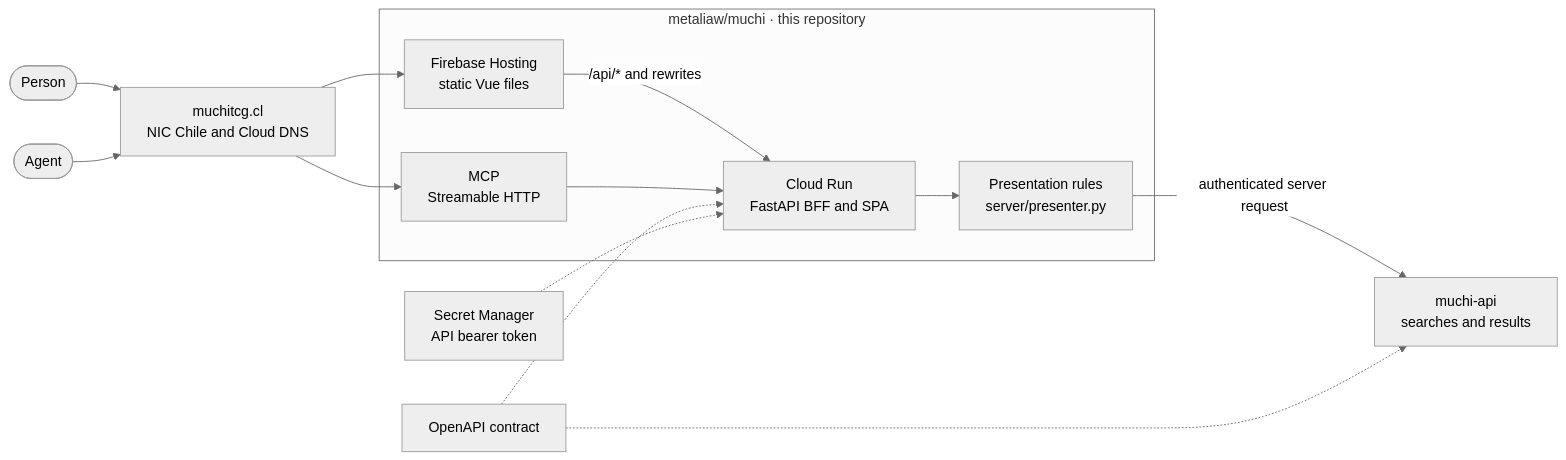
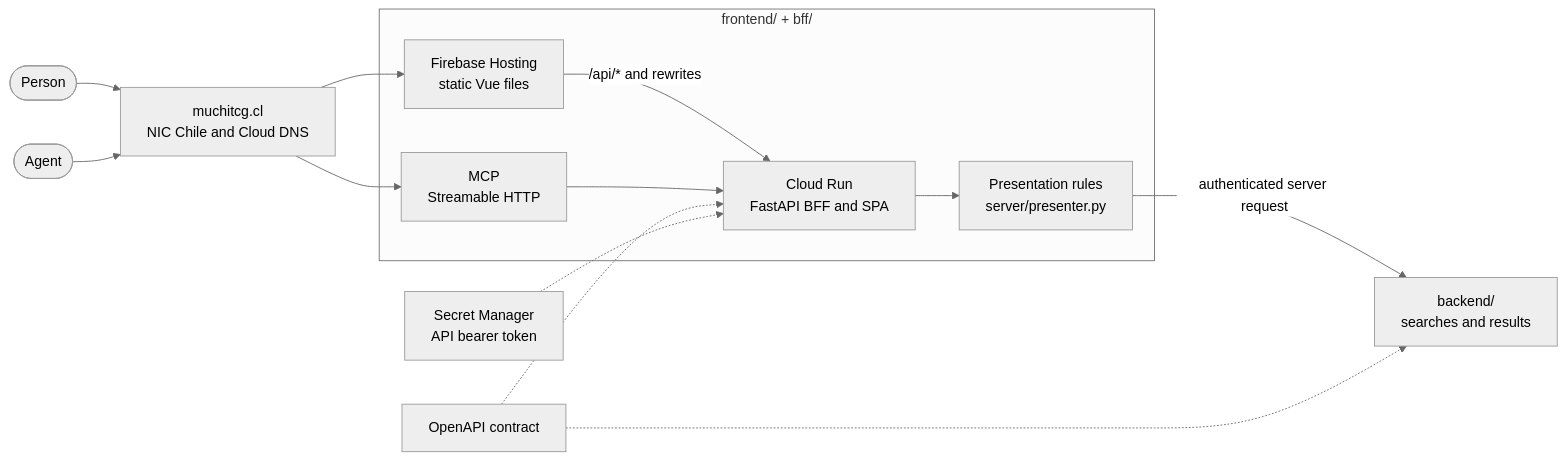
The first of 2 diagrams in docs/architecture.md (metaliaw/muchi), drawn with Mermaid (neutral theme) before and after one commit. The commit also changed other lines of this file and 70 other files, not shown here.

First line of the commit message:
Point the docs and the front's API link at backend/

````diff
--- a/docs/architecture.md
+++ b/docs/architecture.md
@@ -15,27 +14,27 @@
 ```mermaid
 flowchart LR
     person([Person])
     agent([Agent])
     dns["muchitcg.cl<br/>NIC Chile and Cloud DNS"]
 
-    subgraph front["metaliaw/muchi · this repository"]
+    subgraph front["frontend/ + bff/"]
         hosting["Firebase Hosting<br/>static Vue files"]
         bff["Cloud Run<br/>FastAPI BFF and SPA"]
         mcp["MCP<br/>Streamable HTTP"]
         presenter["Presentation rules<br/>server/presenter.py"]
         hosting -->|"/api/* and rewrites"| bff
         mcp --> bff
         bff --> presenter
     end
 
-    api["muchi-api<br/>searches and results"]
+    api["backend/<br/>searches and results"]
     contract["OpenAPI contract"]
     secret["Secret Manager<br/>API bearer token"]
 
     person --> dns --> hosting
     agent --> dns --> mcp
     presenter -->|"authenticated server request"| api
     contract -.-> bff
     contract -.-> api
     secret -.-> bff
 ```
````
